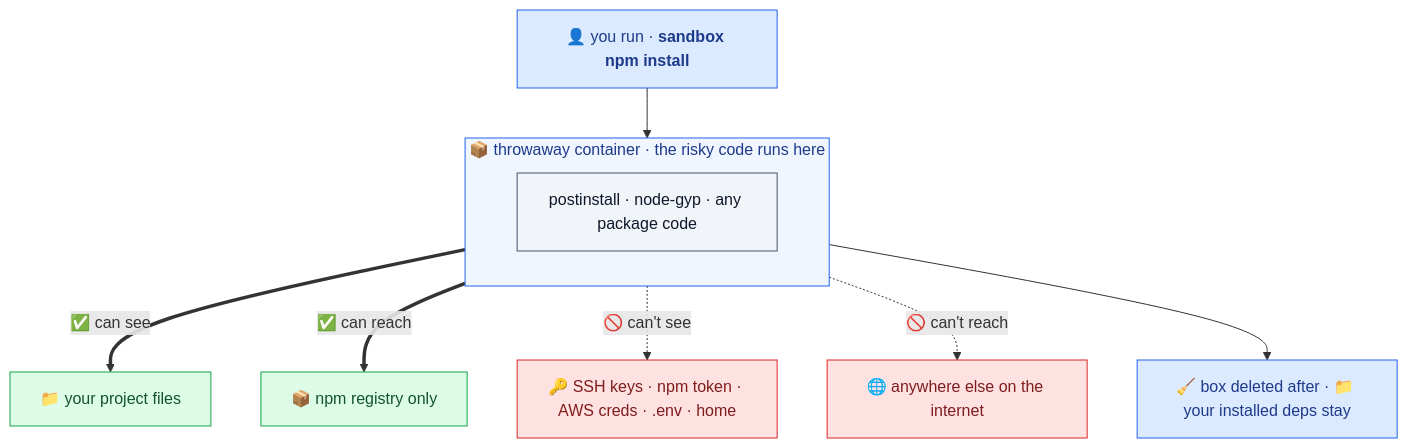
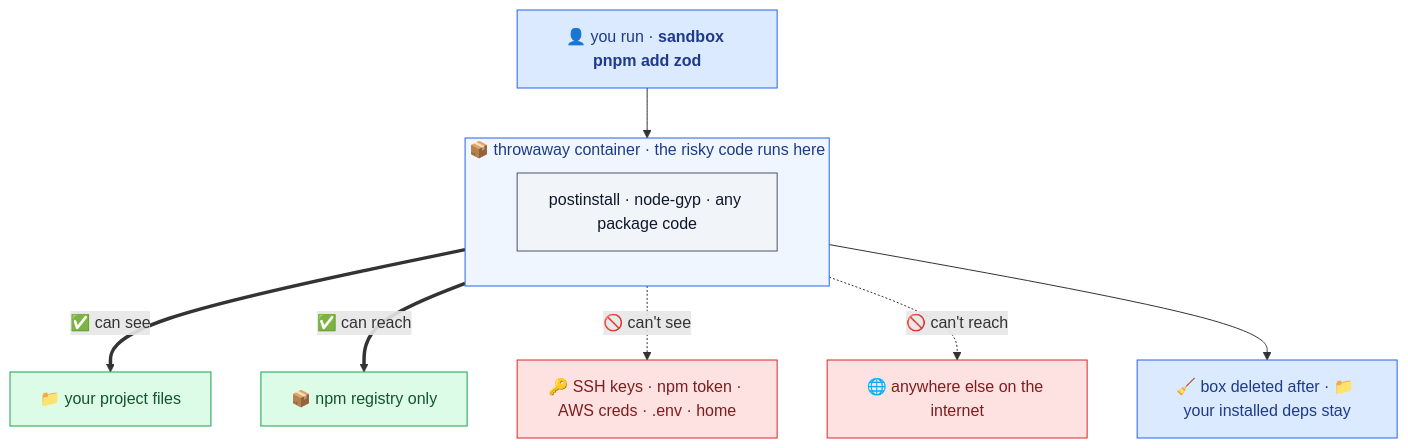
One commit to jagreehal/sandbox-node changed the diagram in site/src/content/docs/how-it-works.md. Above: the diagram before and after it, drawn with Mermaid. The commit also changed other lines of this file and 73 other files, not shown here.

````diff
--- a/site/src/content/docs/how-it-works.md
+++ b/site/src/content/docs/how-it-works.md
@@ -14,18 +18,18 @@
 ```mermaid
 flowchart TB
-    YOU["👤 you run · <b>sandbox npm install</b>"]:::cmd
+    YOU["👤 you run · <b>sandbox pnpm add zod</b>"]:::cmd
     subgraph BOX["📦 throwaway container · the risky code runs here"]
         RUN["postinstall · node-gyp · any package code"]:::neutral
     end
     YOU --> BOX
     BOX ==>|"✅ can see"| PROJ["📁 your project files"]:::safe
     BOX ==>|"✅ can reach"| REG["📦 npm registry only"]:::safe
     BOX -.->|"🚫 can't see"| SEC["🔑 SSH keys · npm token · AWS creds · .env · home"]:::danger
     BOX -.->|"🚫 can't reach"| EVIL["🌐 anywhere else on the internet"]:::danger
     BOX --> OUT["🧹 box deleted after · 📁 your installed deps stay"]:::cmd
     classDef cmd fill:#dbeafe,stroke:#2563eb,color:#1e3a8a;
     classDef safe fill:#dcfce7,stroke:#16a34a,color:#14532d;
     classDef danger fill:#fee2e2,stroke:#dc2626,color:#7f1d1d;
     classDef neutral fill:#f1f5f9,stroke:#475569,color:#0f172a;
     style BOX fill:#eff6ff,stroke:#2563eb,color:#1e3a8a;
 ```
````
